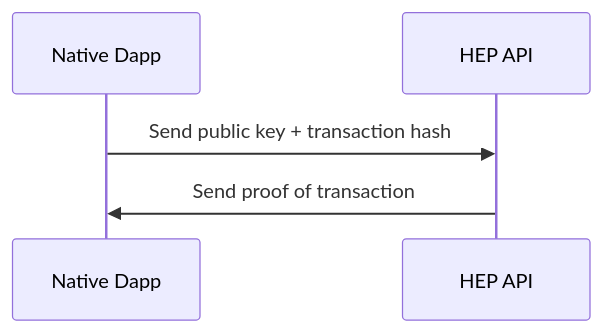
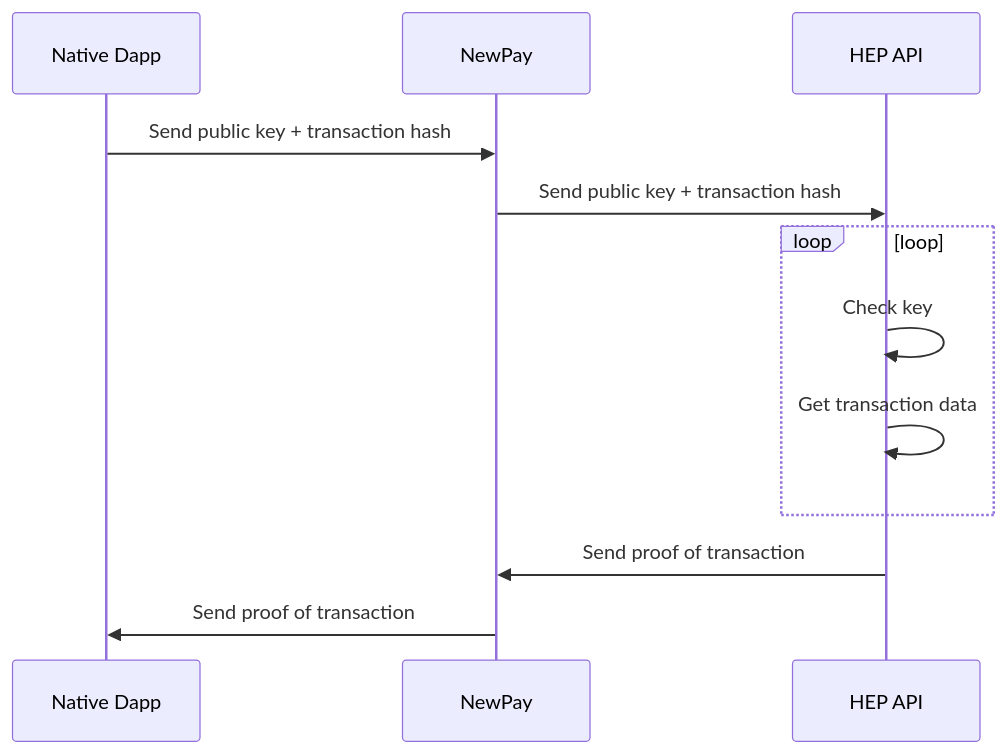
Before and after one commit to newtonproject/HEP-specification: the first of 2 diagrams in proof_of_action_process.md, drawn with Mermaid. The commit also changed other lines of this file, not shown here.

Commit message:
Re-add NewPay

````diff
--- a/proof_of_action_process.md
+++ b/proof_of_action_process.md
@@ -11,8 +11,15 @@
 ```mermaid
 sequenceDiagram;
     participant Native Dapp;
+	participant NewPay;
 	participant HEP API;
 
-	Native Dapp->>HEP API: Send public key + transaction hash;
-	HEP API->>Native Dapp: Send proof of transaction;
+	Native Dapp->>NewPay: Send public key + transaction hash;
+	NewPay->>HEP API: Send public key + transaction hash;
+loop loop;
+        HEP API->>HEP API: Check key;
+		HEP API->>HEP API: Get transaction data;
+	end;
+	HEP API->>NewPay: Send proof of transaction;
+	NewPay->>Native Dapp: Send proof of transaction;
 ```
````
